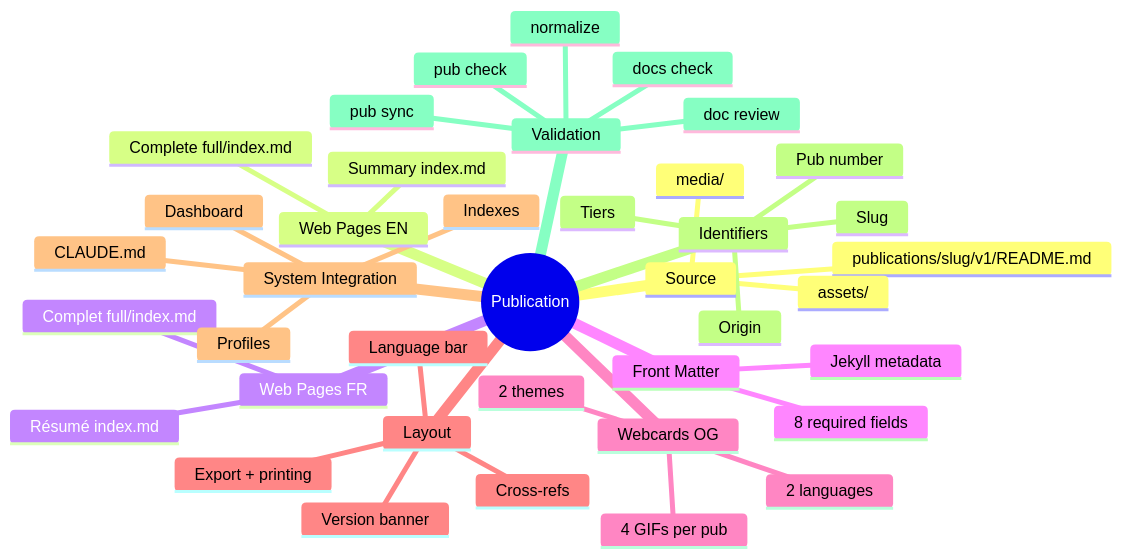
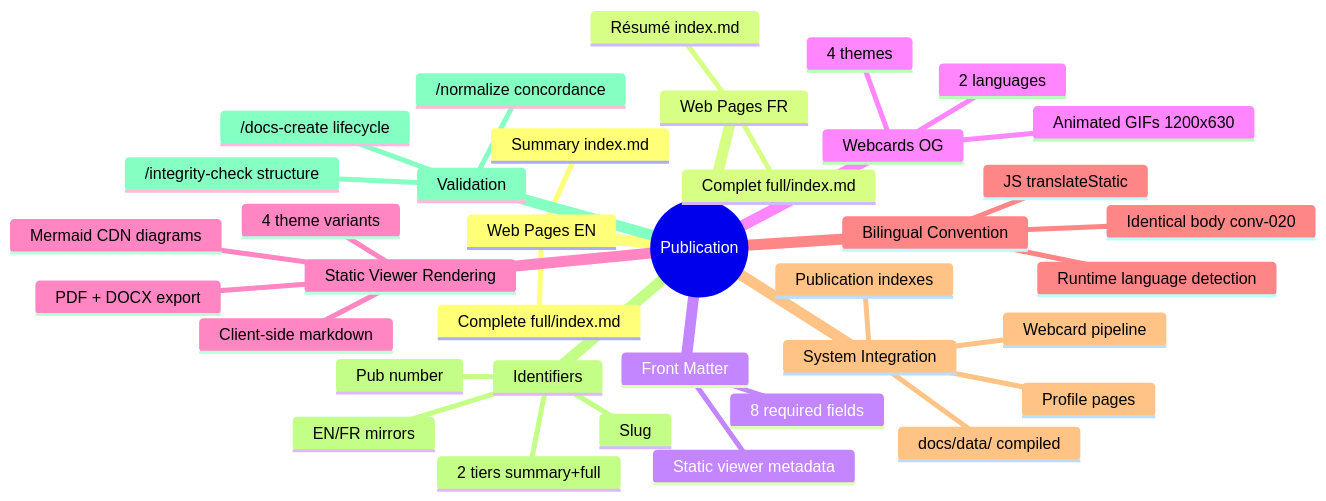
Diagram 14 of 14 in docs/fr/publications/architecture-diagrams/full/index.md (packetqc/K_DOCS), drawn with Mermaid before and after one commit. The commit also changed other lines of this file and 4 other files, not shown here.

First line of the commit message:
feat: rewrite all 14 architecture diagrams for Knowledge 2.0

````diff
--- a/docs/fr/publications/architecture-diagrams/full/index.md
+++ b/docs/fr/publications/architecture-diagrams/full/index.md
@@ -837,42 +879,40 @@
 ```mermaid
 mindmap
   root((Publication))
-    Source
-      publications/slug/v1/README.md
-      assets/
-      media/
     Web Pages EN
       Summary index.md
       Complete full/index.md
     Web Pages FR
       Résumé index.md
       Complet full/index.md
     Front Matter
       8 required fields
-      Jekyll metadata
+      Static viewer metadata
     Webcards OG
       2 languages
-      2 themes
-      4 GIFs per pub
-    Layout
-      Version banner
-      Language bar
-      Export + printing
-      Cross-refs
+      4 themes
+      Animated GIFs 1200x630
+    Static Viewer Rendering
+      Client-side markdown
+      Mermaid CDN diagrams
+      4 theme variants
+      PDF + DOCX export
+    Bilingual Convention
+      Identical body conv-020
+      JS translateStatic
+      Runtime language detection
     System Integration
-      Indexes
-      Profiles
-      CLAUDE.md
-      Dashboard
+      Publication indexes
+      Profile pages
+      docs/data/ compiled
+      Webcard pipeline
     Identifiers
       Pub number
       Slug
-      Tiers
-      Origin
+      2 tiers summary+full
+      EN/FR mirrors
     Validation
-      pub check
-      pub sync
-      doc review
-      docs check
-      normalize
+      /normalize concordance
+      /integrity-check structure
+      /docs-create lifecycle
 ```
````
